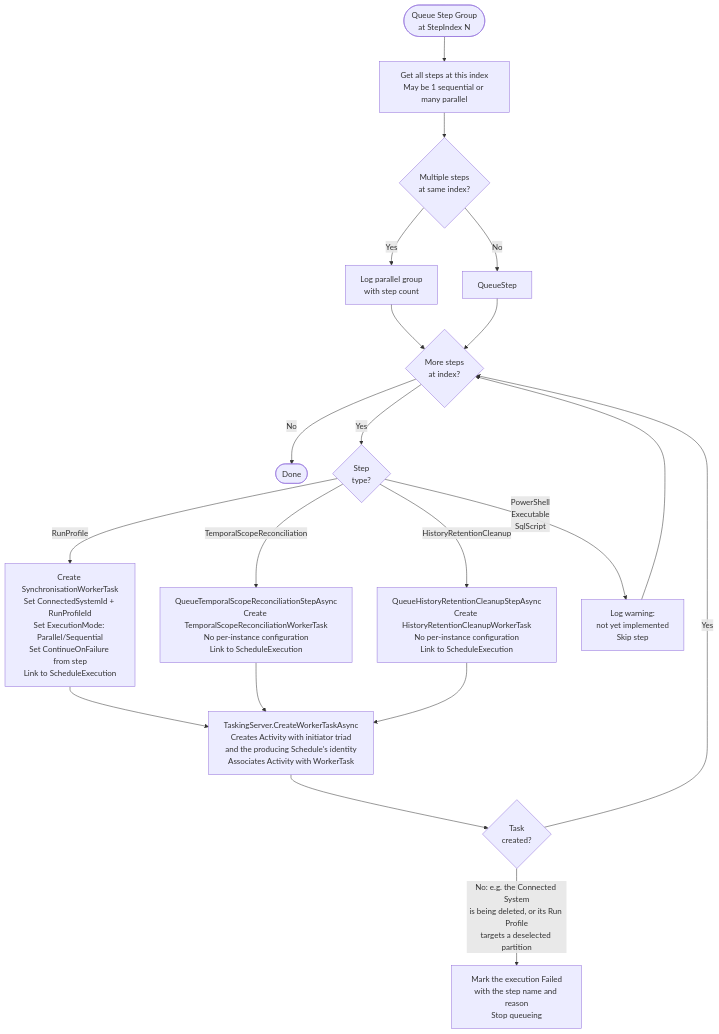
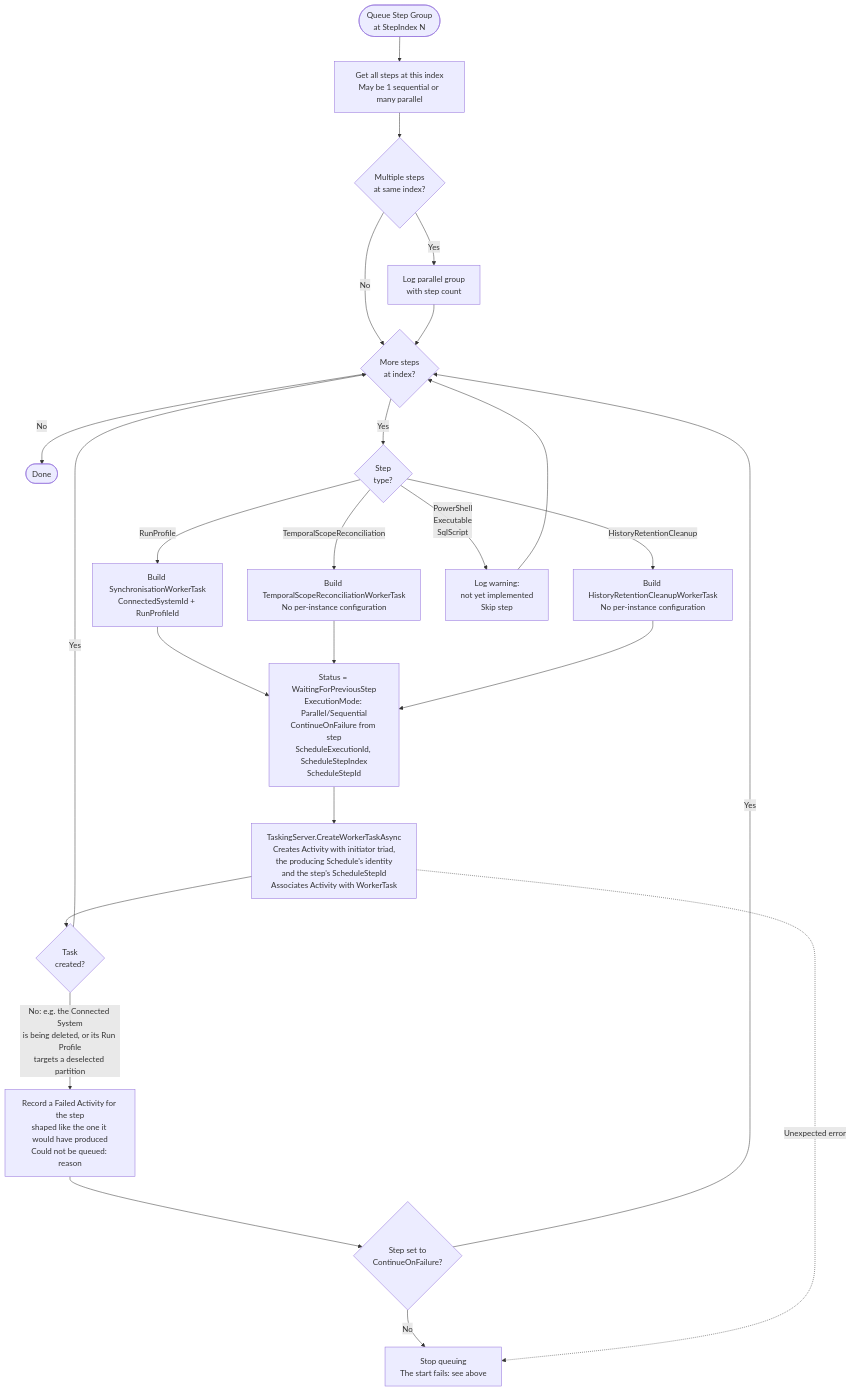
Before and after one commit to TetronIO/JIM: the third of 7 diagrams in docs/developer/diagrams/SCHEDULE_EXECUTION_LIFECYCLE.md, drawn with Mermaid. The commit also changed other lines of this file and 2 other files, not shown here.

First line of the commit message:
docs: describe safe Schedule starts and the Continue On Failure rules (#1768)

````diff
--- a/docs/developer/diagrams/SCHEDULE_EXECUTION_LIFECYCLE.md
+++ b/docs/developer/diagrams/SCHEDULE_EXECUTION_LIFECYCLE.md
@@ -85,26 +94,30 @@
 ```mermaid
 flowchart TD
     QueueGroup([Queue Step Group<br/>at StepIndex N]) --> GetSteps[Get all steps at this index<br/>May be 1 sequential or many parallel]
     GetSteps --> IsParallel{Multiple steps<br/>at same index?}
     IsParallel -->|Yes| LogParallel[Log parallel group<br/>with step count]
-    IsParallel -->|No| QueueStep
+    IsParallel -->|No| ForEach
 
     LogParallel --> ForEach{More steps<br/>at index?}
-    QueueStep --> ForEach
 
     ForEach -->|No| Done([Done])
     ForEach -->|Yes| CheckType{Step<br/>type?}
 
-    CheckType -->|RunProfile| CreateSyncTask[Create SynchronisationWorkerTask<br/>Set ConnectedSystemId + RunProfileId<br/>Set ExecutionMode: Parallel/Sequential<br/>Set ContinueOnFailure from step<br/>Link to ScheduleExecution]
-    CheckType -->|TemporalScopeReconciliation| CreateTemporalTask[QueueTemporalScopeReconciliationStepAsync<br/>Create TemporalScopeReconciliationWorkerTask<br/>No per-instance configuration<br/>Link to ScheduleExecution]
-    CheckType -->|HistoryRetentionCleanup| CreateRetentionTask[QueueHistoryRetentionCleanupStepAsync<br/>Create HistoryRetentionCleanupWorkerTask<br/>No per-instance configuration<br/>Link to ScheduleExecution]
+    CheckType -->|RunProfile| CreateSyncTask[Build SynchronisationWorkerTask<br/>ConnectedSystemId + RunProfileId]
+    CheckType -->|TemporalScopeReconciliation| CreateTemporalTask[Build TemporalScopeReconciliationWorkerTask<br/>No per-instance configuration]
+    CheckType -->|HistoryRetentionCleanup| CreateRetentionTask[Build HistoryRetentionCleanupWorkerTask<br/>No per-instance configuration]
     CheckType -->|PowerShell<br/>Executable<br/>SqlScript| NotImpl[Log warning:<br/>not yet implemented<br/>Skip step]
 
-    CreateSyncTask --> CreateActivity[TaskingServer.CreateWorkerTaskAsync<br/>Creates Activity with initiator triad<br/>and the producing Schedule's identity<br/>Associates Activity with WorkerTask]
-    CreateTemporalTask --> CreateActivity
-    CreateRetentionTask --> CreateActivity
+    CreateSyncTask --> Common[Status = WaitingForPreviousStep<br/>ExecutionMode: Parallel/Sequential<br/>ContinueOnFailure from step<br/>ScheduleExecutionId, ScheduleStepIndex<br/>ScheduleStepId]
+    CreateTemporalTask --> Common
+    CreateRetentionTask --> Common
+    Common --> CreateActivity[TaskingServer.CreateWorkerTaskAsync<br/>Creates Activity with initiator triad,<br/>the producing Schedule's identity<br/>and the step's ScheduleStepId<br/>Associates Activity with WorkerTask]
     CreateActivity --> Created{Task<br/>created?}
     Created -->|Yes| ForEach
-    Created -->|No: e.g. the Connected System<br/>is being deleted, or its Run Profile<br/>targets a deselected partition| FailExecution[Mark the execution Failed<br/>with the step name and reason<br/>Stop queueing]
+    Created -->|No: e.g. the Connected System<br/>is being deleted, or its Run Profile<br/>targets a deselected partition| Refused[Record a Failed Activity for the step<br/>shaped like the one it would have produced<br/>Could not be queued: reason]
+    Refused --> Continue{Step set to<br/>ContinueOnFailure?}
+    Continue -->|Yes| ForEach
+    Continue -->|No| StopStart[Stop queuing<br/>The start fails: see above]
+    CreateActivity -.->|Unexpected error| StopStart
     NotImpl --> ForEach
 ```
````
